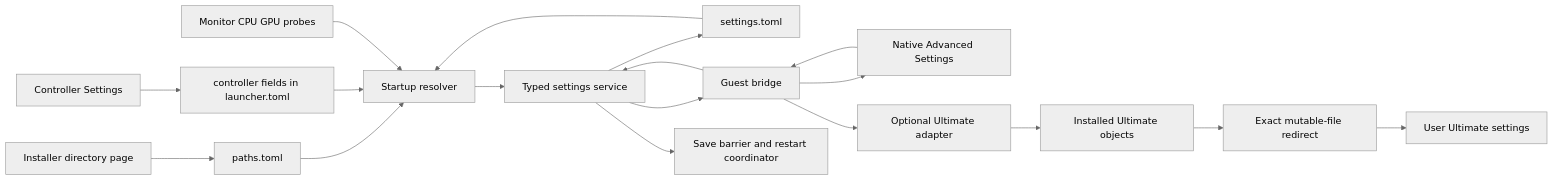
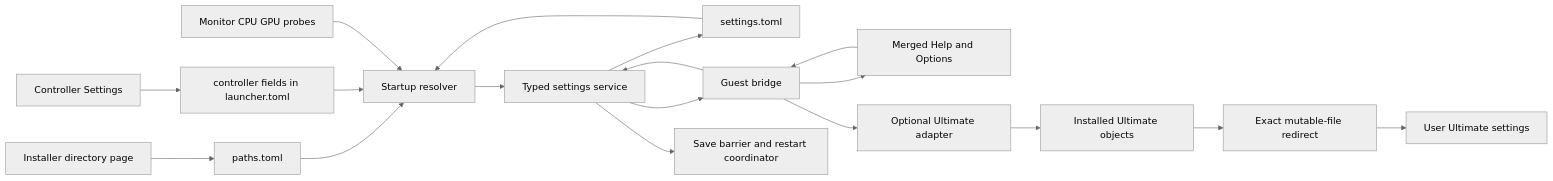
The first of 2 diagrams in docs/plans/in-game-settings-plan.md (gabrielofavero/rb-blitz-xenon-recomp), drawn with Mermaid (neutral theme) before and after one commit. The commit also changed other lines of this file and 101 other files, not shown here.

````diff
--- a/docs/plans/in-game-settings-plan.md
+++ b/docs/plans/in-game-settings-plan.md
@@ -341,20 +413,20 @@
 ```mermaid
 flowchart LR
     Installer[Installer directory page] --> Paths[paths.toml]
     Controller[Controller Settings] --> Bindings[controller fields in launcher.toml]
     Paths --> Boot[Startup resolver]
     Bindings --> Boot
     Preferences[settings.toml] --> Boot
     Hardware[Monitor CPU GPU probes] --> Boot
     Boot --> Service[Typed settings service]
     Service --> Bridge[Guest bridge]
-    Bridge --> Menu[Native Advanced Settings]
+    Bridge --> Menu[Merged Help and Options]
     Menu --> Bridge
     Bridge --> Service
     Service --> Preferences
     Bridge --> Adapter[Optional Ultimate adapter]
     Adapter --> Provider[Installed Ultimate objects]
     Provider --> Redirect[Exact mutable-file redirect]
     Redirect --> USave[User Ultimate settings]
     Service --> Restart[Save barrier and restart coordinator]
 ```
````
